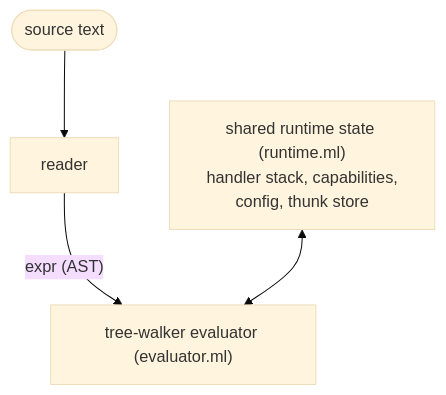
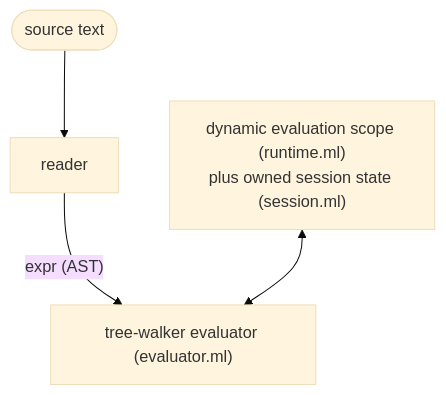
The diagram in docs/ARCHITECTURE.md (pranavra0/pp), drawn with Mermaid (base theme) before and after one commit. The commit also changed other lines of this file and 29 other files, not shown here.

````diff
--- a/docs/ARCHITECTURE.md
+++ b/docs/ARCHITECTURE.md
@@ -10,11 +10,11 @@
 ```mermaid
 flowchart TD
     src([source text])
     reader[reader]
     walker["tree-walker evaluator (evaluator.ml)"]
-    runtime["shared runtime state (runtime.ml)<br/>handler stack, capabilities,<br/>config, thunk store"]
+    runtime["dynamic evaluation scope (runtime.ml)<br/>plus owned session state (session.ml)"]
 
     src --> reader
     reader -- "expr (AST)" --> walker
     runtime <--> walker
 ```
````
